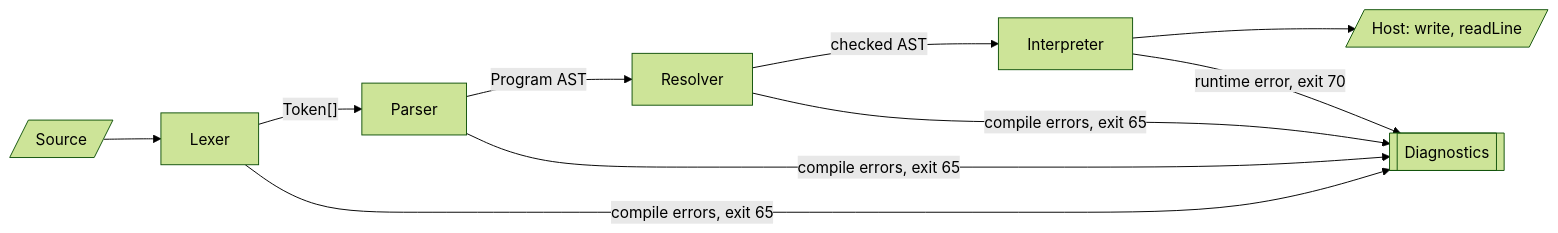
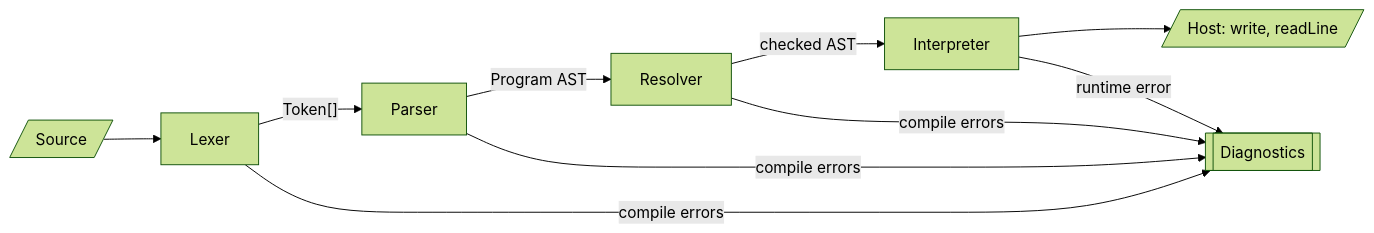
One commit to KarthikSP1911/Jugaad-Lab changed the second of 4 diagrams in README.md. Above: the diagram before and after it, drawn with Mermaid (forest theme). The commit also changed other lines of this file, not shown here.

````diff
--- a/README.md
+++ b/README.md
@@ -97,10 +245,10 @@
 ```mermaid
 flowchart LR
     src[/Source/] --> lex[Lexer]
     lex -- "Token[]" --> par[Parser]
     par -- "Program AST" --> res[Resolver]
     res -- "checked AST" --> int[Interpreter]
     int --> host[/"Host: write, readLine"/]
-    lex & par & res -- "compile errors, exit 65" --> d[[Diagnostics]]
-    int -- "runtime error, exit 70" --> d
+    lex & par & res -- "compile errors" --> d[[Diagnostics]]
+    int -- "runtime error" --> d
 ```
````
